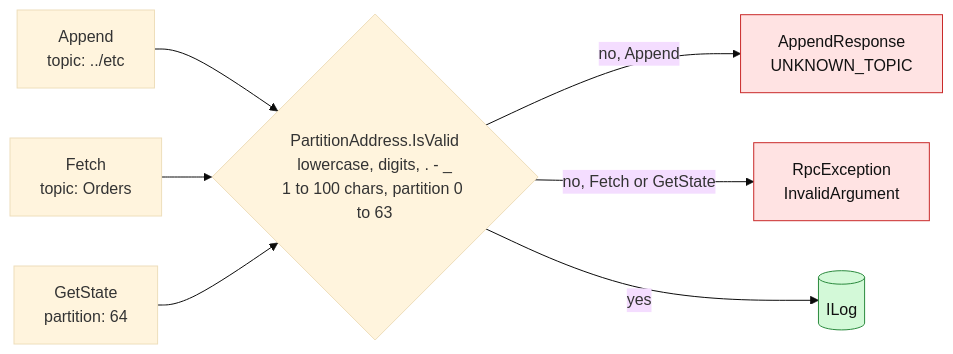
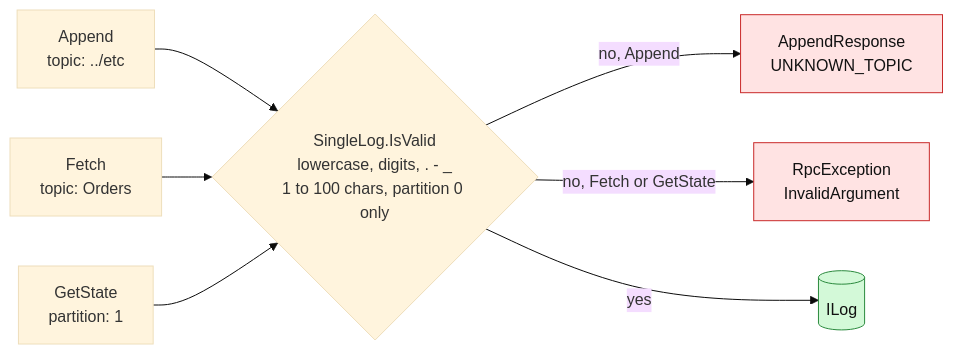
The sixth of 23 diagrams in docs/replication-scenarios.md (paulisuden/K0sStreams), drawn with Mermaid (base theme) before and after one commit. The commit also changed other lines of this file and 13 other files, not shown here.

````diff
--- a/docs/replication-scenarios.md
+++ b/docs/replication-scenarios.md
@@ -220,13 +220,13 @@
 ```mermaid
 flowchart LR
-    V{"PartitionAddress.IsValid<br/>lowercase, digits, . - _<br/>1 to 100 chars, partition 0 to 63"}
+    V{"SingleLog.IsValid<br/>lowercase, digits, . - _<br/>1 to 100 chars, partition 0 only"}
     A["Append<br/>topic: ../etc"] --> V
     F["Fetch<br/>topic: Orders"] --> V
-    S["GetState<br/>partition: 64"] --> V
+    S["GetState<br/>partition: 1"] --> V
     V -- "no, Append" --> R1["AppendResponse<br/>UNKNOWN_TOPIC"]:::bad
     V -- "no, Fetch or GetState" --> R2["RpcException<br/>InvalidArgument"]:::bad
     V -- yes --> LOG[("ILog")]:::ok
 
     classDef ok fill:#d3f9d8,stroke:#2b8a3e,color:#111
     classDef bad fill:#ffe3e3,stroke:#c92a2a,color:#111
 ```
````
